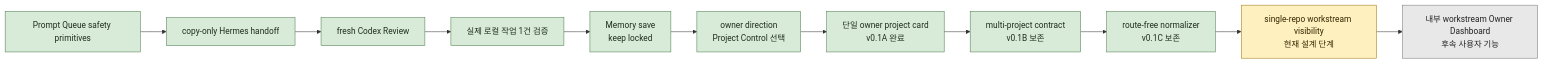
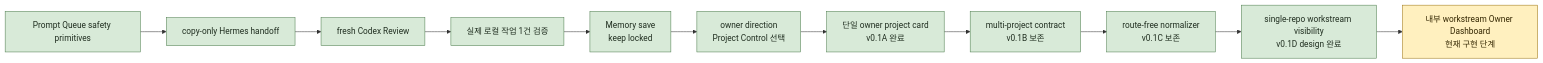
One commit to 1412moo/jarvis-core changed the second of 2 diagrams in docs/master-plan.md. Above: the diagram before and after it, drawn with Mermaid. The commit also changed other lines of this file and 3 other files, not shown here.

Commit message:
docs: design single repo workstream dashboard

````diff
--- a/docs/master-plan.md
+++ b/docs/master-plan.md
@@ -154,20 +159,19 @@
 ```mermaid
 flowchart LR
     A["Prompt Queue safety primitives"] --> B["copy-only Hermes handoff"]
     B --> C["fresh Codex Review"]
     C --> D["실제 로컬 작업 1건 검증"]
     D --> E["Memory save<br/>keep locked"]
     E --> F["owner direction<br/>Project Control 선택"]
     F --> G["단일 owner project card<br/>v0.1A 완료"]
     G --> H["multi-project contract<br/>v0.1B 보존"]
     H --> I["route-free normalizer<br/>v0.1C 보존"]
-    I --> J["single-repo workstream visibility<br/>현재 설계 단계"]
-    J --> K["내부 workstream Owner Dashboard<br/>후속 사용자 기능"]
+    I --> J["single-repo workstream visibility<br/>v0.1D design 완료"]
+    J --> K["내부 workstream Owner Dashboard<br/>현재 구현 단계"]
 
     classDef done fill:#d8ead8,stroke:#4d7d4d,color:#1f2d1f;
     classDef current fill:#fff0bf,stroke:#9b7412,color:#332600;
     classDef future fill:#e8e8e8,stroke:#777,color:#222;
-    class A,B,C,D,E,F,G,H,I done;
-    class J current;
-    class K future;
+    class A,B,C,D,E,F,G,H,I,J done;
+    class K current;
 ```
````
